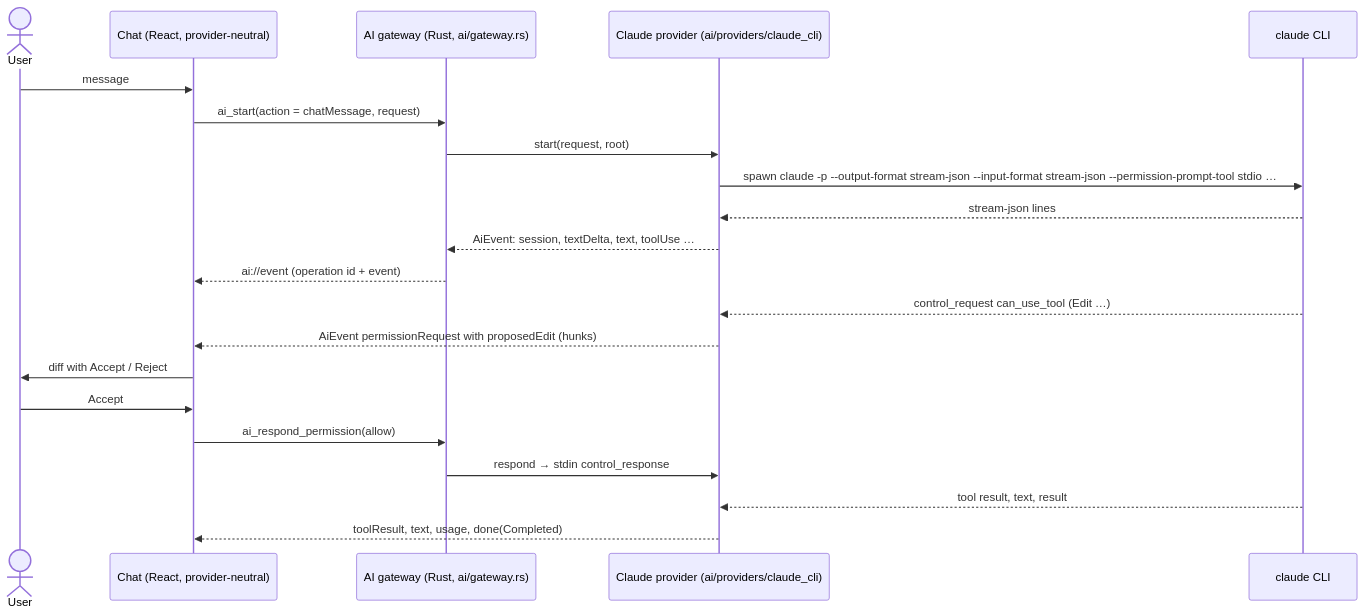
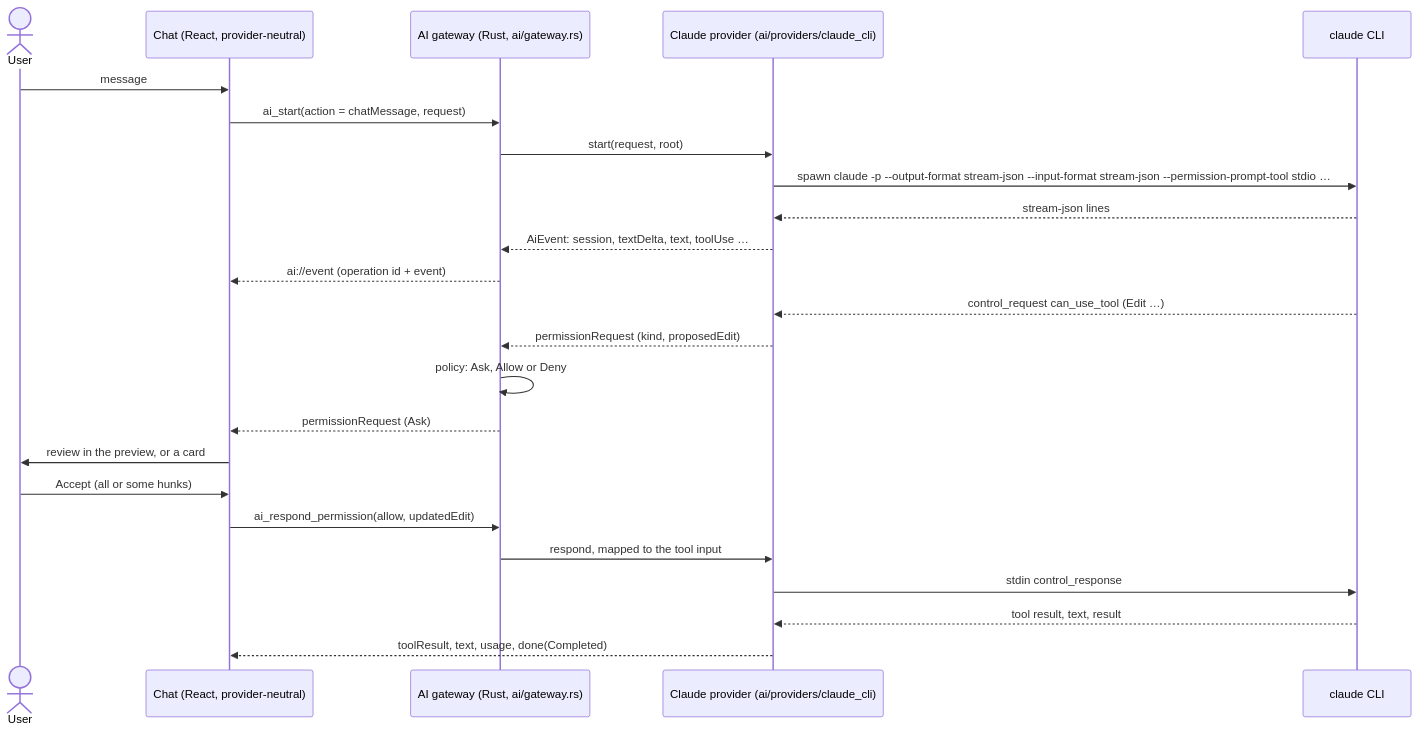
Before and after one commit to jean3978/IGrasp: the diagram in docs/features/ai-chat.md, drawn with Mermaid. The commit also changed other lines of this file and 15 other files, not shown here.

First line of the commit message:
docs: ADRs 0014-0019 reviewed, feature pages, architecture, CLAUDE.md, README and changelog for 0.3.0

````diff
--- a/docs/features/ai-chat.md
+++ b/docs/features/ai-chat.md
@@ -104,23 +149,26 @@
 ```mermaid
 sequenceDiagram
   actor User
   participant UI as Chat (React, provider-neutral)
   participant G as AI gateway (Rust, ai/gateway.rs)
   participant P as Claude provider (ai/providers/claude_cli)
   participant C as claude CLI
   User->>UI: message
   UI->>G: ai_start(action = chatMessage, request)
   G->>P: start(request, root)
   P->>C: spawn claude -p --output-format stream-json --input-format stream-json --permission-prompt-tool stdio …
   C-->>P: stream-json lines
   P-->>G: AiEvent: session, textDelta, text, toolUse …
   G-->>UI: ai://event (operation id + event)
   C-->>P: control_request can_use_tool (Edit …)
-  P-->>UI: AiEvent permissionRequest with proposedEdit (hunks)
-  UI->>User: diff with Accept / Reject
-  User->>UI: Accept
-  UI->>G: ai_respond_permission(allow)
-  G->>P: respond → stdin control_response
+  P-->>G: permissionRequest (kind, proposedEdit)
+  G->>G: policy: Ask, Allow or Deny
+  G-->>UI: permissionRequest (Ask)
+  UI->>User: review in the preview, or a card
+  User->>UI: Accept (all or some hunks)
+  UI->>G: ai_respond_permission(allow, updatedEdit)
+  G->>P: respond, mapped to the tool input
+  P->>C: stdin control_response
   C-->>P: tool result, text, result
   P-->>UI: toolResult, text, usage, done(Completed)
 ```
````
